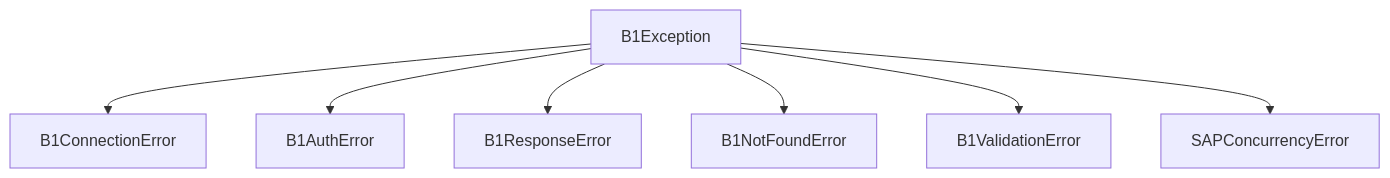
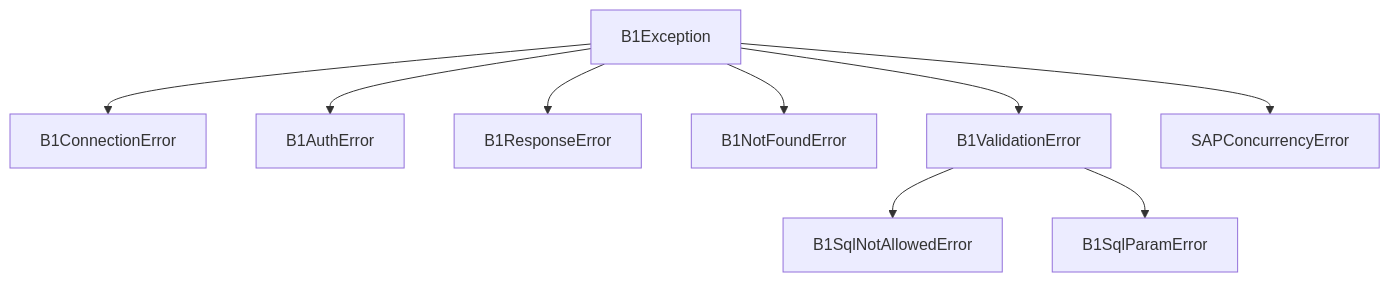
The diagram in docs/11-error-handling.md (operator-ita/b1sl-python), drawn with Mermaid before and after one commit. The commit also changed other lines of this file and 42 other files, not shown here.

````diff
--- a/docs/11-error-handling.md
+++ b/docs/11-error-handling.md
@@ -9,9 +9,11 @@
 ```mermaid
 graph TD
     B1Exception --> B1ConnectionError
     B1Exception --> B1AuthError
     B1Exception --> B1ResponseError
     B1Exception --> B1NotFoundError
     B1Exception --> B1ValidationError
     B1Exception --> SAPConcurrencyError
+    B1ValidationError --> B1SqlNotAllowedError
+    B1ValidationError --> B1SqlParamError
 ```
````
